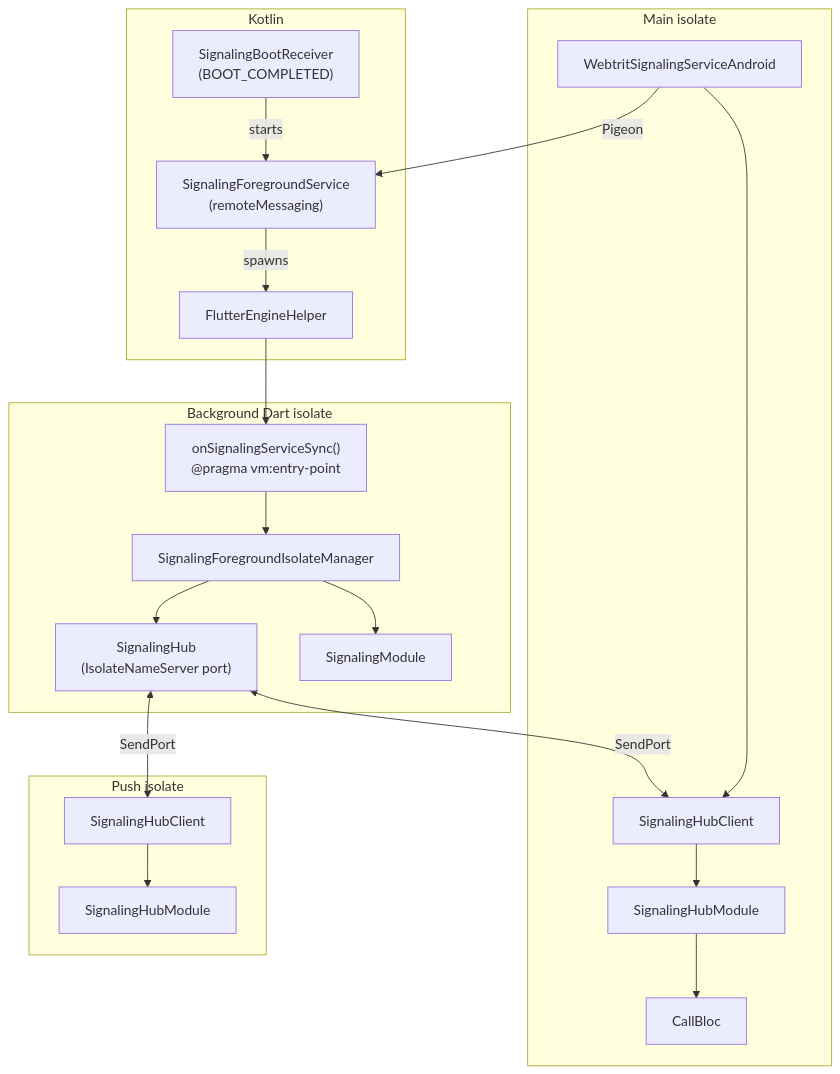
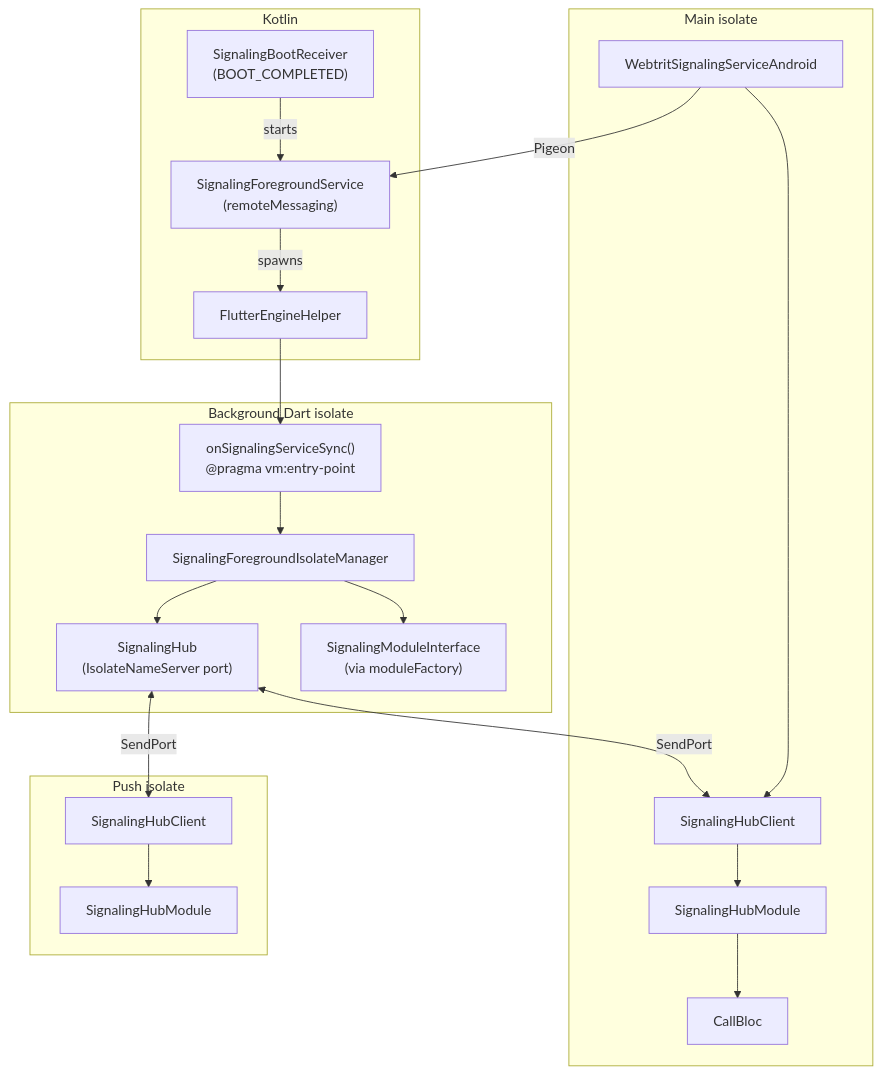
The fourth of 7 diagrams in packages/webtrit_signaling_service/ARCHITECTURE.md (WebTrit/webtrit_phone), drawn with Mermaid before and after one commit. The commit also changed other lines of this file and 4 other files, not shown here.

Commit message:
docs: update signaling service plugin docs after SignalingModuleFactory refactor

````diff
--- a/packages/webtrit_signaling_service/ARCHITECTURE.md
+++ b/packages/webtrit_signaling_service/ARCHITECTURE.md
@@ -84,35 +89,35 @@
 ```mermaid
 graph TD
     subgraph "Kotlin"
         FS["SignalingForegroundService\n(remoteMessaging)"]
         BR["SignalingBootReceiver\n(BOOT_COMPLETED)"]
         FEH["FlutterEngineHelper"]
     end
 
     subgraph "Background Dart isolate"
         EP["onSignalingServiceSync()\n@pragma vm:entry-point"]
         SFIM2["SignalingForegroundIsolateManager"]
         HUB["SignalingHub\n(IsolateNameServer port)"]
-        SM2["SignalingModule"]
+        SM2["SignalingModuleInterface\n(via moduleFactory)"]
     end
 
     subgraph "Main isolate"
         ANDROID["WebtritSignalingServiceAndroid"]
         HM["SignalingHubModule"]
         HC["SignalingHubClient"]
         BLOC["CallBloc"]
     end
 
     subgraph "Push isolate"
         PHC["SignalingHubClient"]
         PHM["SignalingHubModule"]
     end
 
     BR -->|starts| FS
     FS -->|spawns| FEH --> EP --> SFIM2
     SFIM2 --> HUB & SM2
     HUB <-->|" SendPort "| HC --> HM --> BLOC
     HUB <-->|" SendPort "| PHC --> PHM
     ANDROID -->|Pigeon| FS
     ANDROID --> HC
 ```
````
